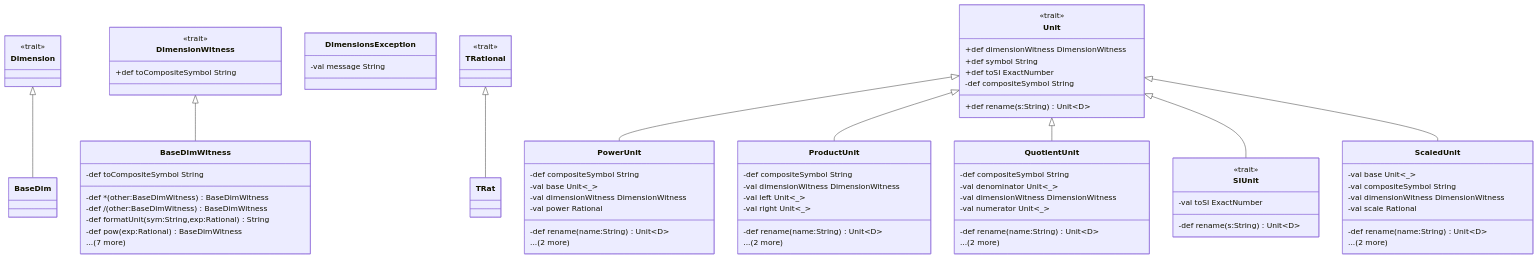
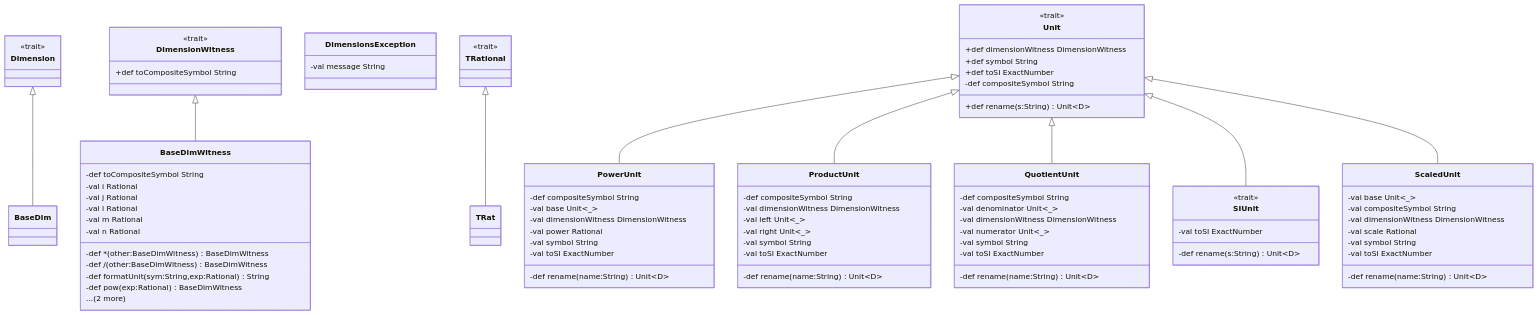
One commit to rchillyard/Number changed the diagram in docs/diagrams/dimensions.mmd. Above: the diagram before and after it, drawn with Mermaid. The commit also changed 7 other files, not shown here.

First line of the commit message:
Version "0.1.1" of MermaidMain

```diff
--- a/docs/diagrams/dimensions.mmd
+++ b/docs/diagrams/dimensions.mmd
@@ -1,80 +1,89 @@
 classDiagram
   %% dimensions -- auto-generated by MermaidMain, do not edit
 
   class BaseDim
   class BaseDimWitness {
     -def *(other:BaseDimWitness) BaseDimWitness
     -def /(other:BaseDimWitness) BaseDimWitness
     -def formatUnit(sym:String,exp:Rational) String
     -def pow(exp:Rational) BaseDimWitness
     -def toCompositeSymbol String
-    ...(7 more)
+    -val i Rational
+    -val j Rational
+    -val l Rational
+    -val m Rational
+    -val n Rational
+    ...(2 more)
   }
   class Dimension {
     <<trait>>
   }
   class DimensionWitness {
     <<trait>>
     +def toCompositeSymbol String
   }
   class DimensionsException {
     -val message String
   }
   class PowerUnit {
     -def compositeSymbol String
     -def rename(name:String) Unit~D~
     -val base Unit~_~
     -val dimensionWitness DimensionWitness
     -val power Rational
-    ...(2 more)
+    -val symbol String
+    -val toSI ExactNumber
   }
   class ProductUnit {
     -def compositeSymbol String
     -def rename(name:String) Unit~D~
     -val dimensionWitness DimensionWitness
     -val left Unit~_~
     -val right Unit~_~
-    ...(2 more)
+    -val symbol String
+    -val toSI ExactNumber
   }
   class QuotientUnit {
     -def compositeSymbol String
     -def rename(name:String) Unit~D~
     -val denominator Unit~_~
     -val dimensionWitness DimensionWitness
     -val numerator Unit~_~
-    ...(2 more)
+    -val symbol String
+    -val toSI ExactNumber
   }
   class SIUnit {
     <<trait>>
     -def rename(s:String) Unit~D~
     -val toSI ExactNumber
   }
   class ScaledUnit {
     -def rename(name:String) Unit~D~
     -val base Unit~_~
     -val compositeSymbol String
     -val dimensionWitness DimensionWitness
     -val scale Rational
-    ...(2 more)
+    -val symbol String
+    -val toSI ExactNumber
   }
   class TRat
   class TRational {
     <<trait>>
   }
   class Unit {
     <<trait>>
     +def dimensionWitness DimensionWitness
     +def rename(s:String) Unit~D~
     +def symbol String
     +def toSI ExactNumber
     -def compositeSymbol String
   }
 
   Dimension <|-- BaseDim
   DimensionWitness <|-- BaseDimWitness
   Unit <|-- PowerUnit
   Unit <|-- ProductUnit
   Unit <|-- QuotientUnit
   Unit <|-- SIUnit
   Unit <|-- ScaledUnit
   TRational <|-- TRat
```
